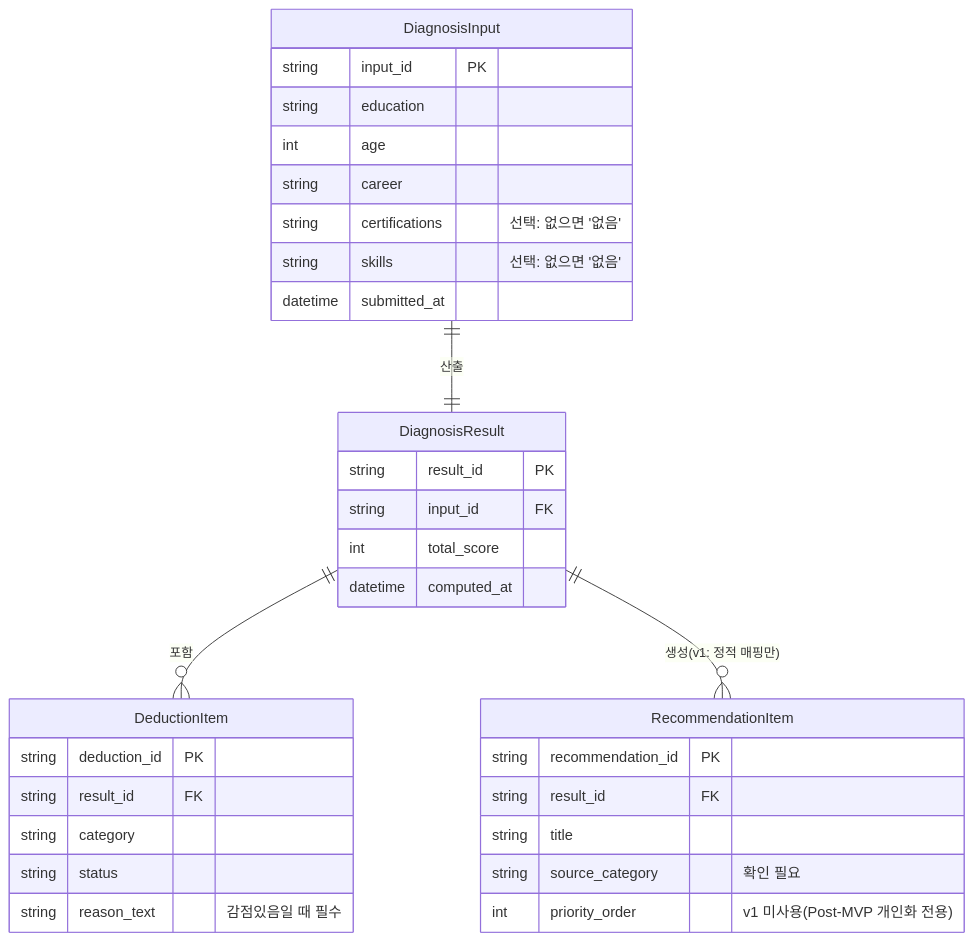
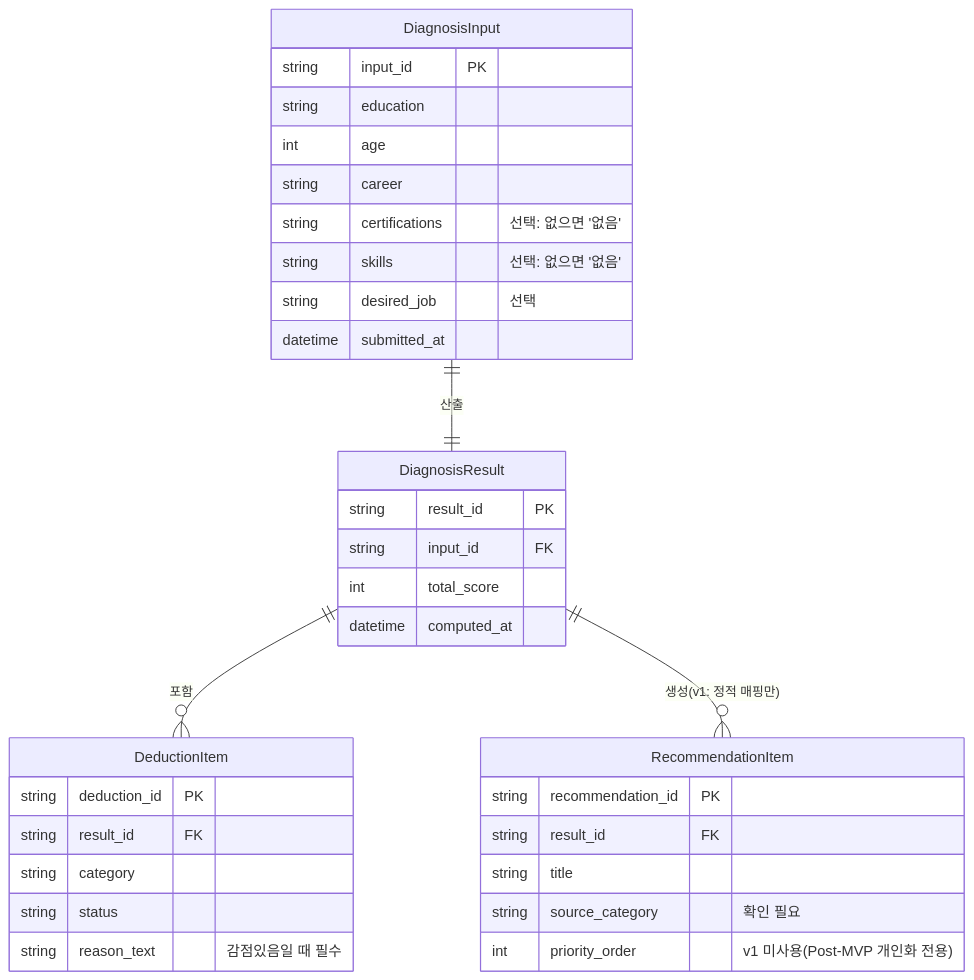
One commit to mystery6635-sketch/Job-seeking changed the fourth of 4 diagrams in docs/06_SRS_UIUX_REVISED.md. Above: the diagram before and after it, drawn with Mermaid. The commit also changed other lines of this file and 35 other files, not shown here.

````diff
--- a/docs/06_SRS_UIUX_REVISED.md
+++ b/docs/06_SRS_UIUX_REVISED.md
@@ -391,36 +392,37 @@
 ```mermaid
 erDiagram
     DiagnosisInput ||--|| DiagnosisResult : "산출"
     DiagnosisResult ||--o{ DeductionItem : "포함"
     DiagnosisResult ||--o{ RecommendationItem : "생성(v1: 정적 매핑만)"
 
     DiagnosisInput {
         string input_id PK
         string education
         int age
         string career
         string certifications "선택: 없으면 '없음'"
         string skills "선택: 없으면 '없음'"
+        string desired_job "선택"
         datetime submitted_at
     }
     DiagnosisResult {
         string result_id PK
         string input_id FK
         int total_score
         datetime computed_at
     }
     DeductionItem {
         string deduction_id PK
         string result_id FK
         string category
         string status
         string reason_text "감점있음일 때 필수"
     }
     RecommendationItem {
         string recommendation_id PK
         string result_id FK
         string title
         string source_category "확인 필요"
         int priority_order "v1 미사용(Post-MVP 개인화 전용)"
     }
 ```
````
